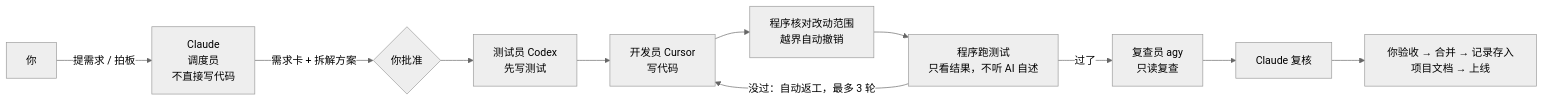
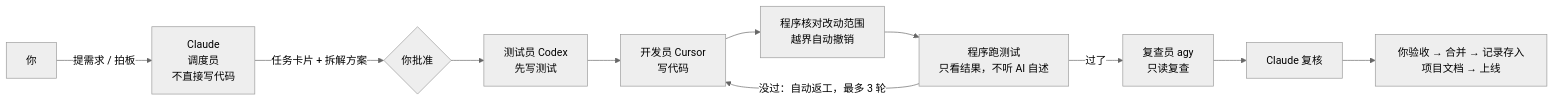
Before and after one commit to Rskyss/super-agent: the diagram in README.md, drawn with Mermaid (neutral theme). The commit also changed other lines of this file and 28 other files, not shown here.

````diff
--- a/README.md
+++ b/README.md
@@ -37,13 +37,13 @@
 ```mermaid
 flowchart LR
     U[你] -->|提需求 / 拍板| C[Claude<br/>调度员<br/>不直接写代码]
-    C -->|需求卡 + 拆解方案| G{你批准}
+    C -->|任务卡片 + 拆解方案| G{你批准}
     G --> T[测试员 Codex<br/>先写测试]
     T --> D[开发员 Cursor<br/>写代码]
     D --> S[程序核对改动范围<br/>越界自动撤销]
     S --> J[程序跑测试<br/>只看结果，不听 AI 自述]
     J -->|没过：自动返工，最多 3 轮| D
     J -->|过了| R[复查员 agy<br/>只读复查]
     R --> C2[Claude 复核]
     C2 --> U2[你验收 → 合并 → 记录存入项目文档 → 上线]
 ```
````
